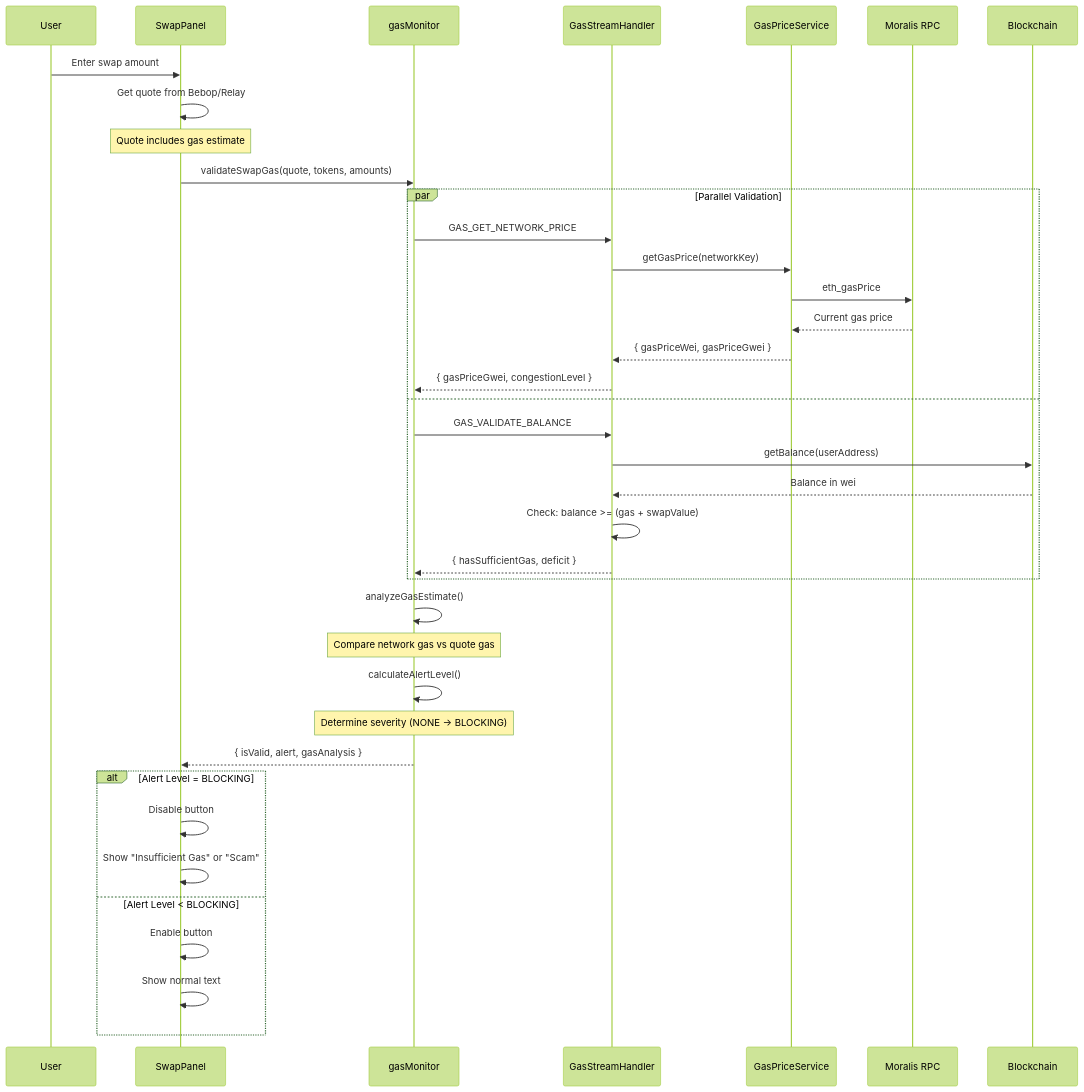
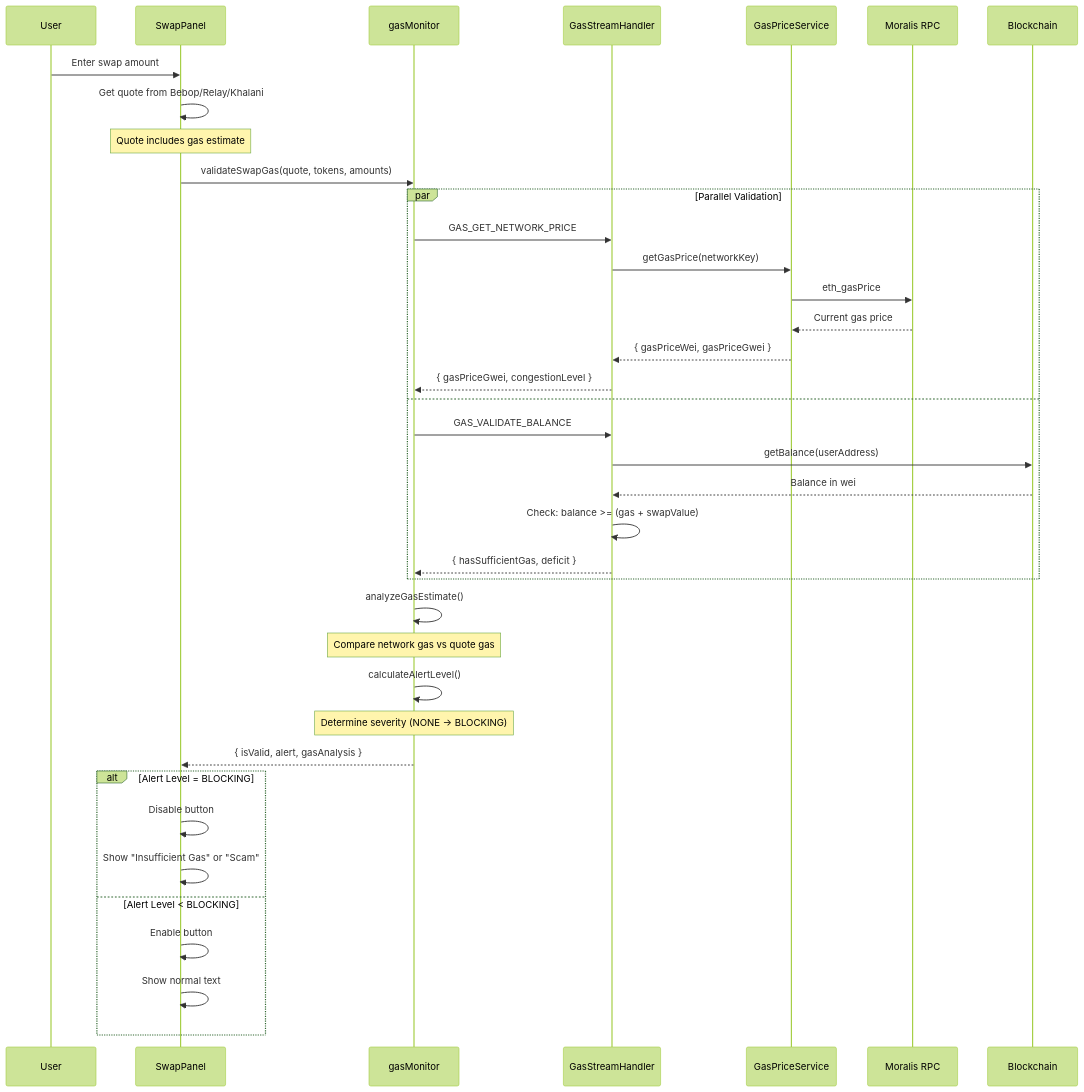
The second of 3 diagrams in doc-sources/GAS_VALIDATION_SYSTEM.md (SuperSafeWallet/SuperSafe-Docs), drawn with Mermaid (forest theme) before and after one commit. The commit also changed other lines of this file and 12 other files, not shown here.

````diff
--- a/doc-sources/GAS_VALIDATION_SYSTEM.md
+++ b/doc-sources/GAS_VALIDATION_SYSTEM.md
@@ -142,48 +142,48 @@
 ```mermaid
 sequenceDiagram
     participant U as User
     participant UI as SwapPanel
     participant GM as gasMonitor
     participant GSH as GasStreamHandler
     participant GPS as GasPriceService
     participant RPC as Moralis RPC
     participant BC as Blockchain
 
     U->>UI: Enter swap amount
-    UI->>UI: Get quote from Bebop/Relay
+    UI->>UI: Get quote from Bebop/Relay/Khalani
     
     Note over UI: Quote includes gas estimate
     
     UI->>GM: validateSwapGas(quote, tokens, amounts)
     
     par Parallel Validation
         GM->>GSH: GAS_GET_NETWORK_PRICE
         GSH->>GPS: getGasPrice(networkKey)
         GPS->>RPC: eth_gasPrice
         RPC-->>GPS: Current gas price
         GPS-->>GSH: { gasPriceWei, gasPriceGwei }
         GSH-->>GM: { gasPriceGwei, congestionLevel }
     and
         GM->>GSH: GAS_VALIDATE_BALANCE
         GSH->>BC: getBalance(userAddress)
         BC-->>GSH: Balance in wei
         GSH->>GSH: Check: balance >= (gas + swapValue)
         GSH-->>GM: { hasSufficientGas, deficit }
     end
     
     GM->>GM: analyzeGasEstimate()
     Note over GM: Compare network gas vs quote gas
     
     GM->>GM: calculateAlertLevel()
     Note over GM: Determine severity (NONE → BLOCKING)
     
     GM-->>UI: { isValid, alert, gasAnalysis }
     
     alt Alert Level = BLOCKING
         UI->>UI: Disable button
         UI->>UI: Show "Insufficient Gas" or "Scam"
     else Alert Level < BLOCKING
         UI->>UI: Enable button
         UI->>UI: Show normal text
     end
 ```
````
